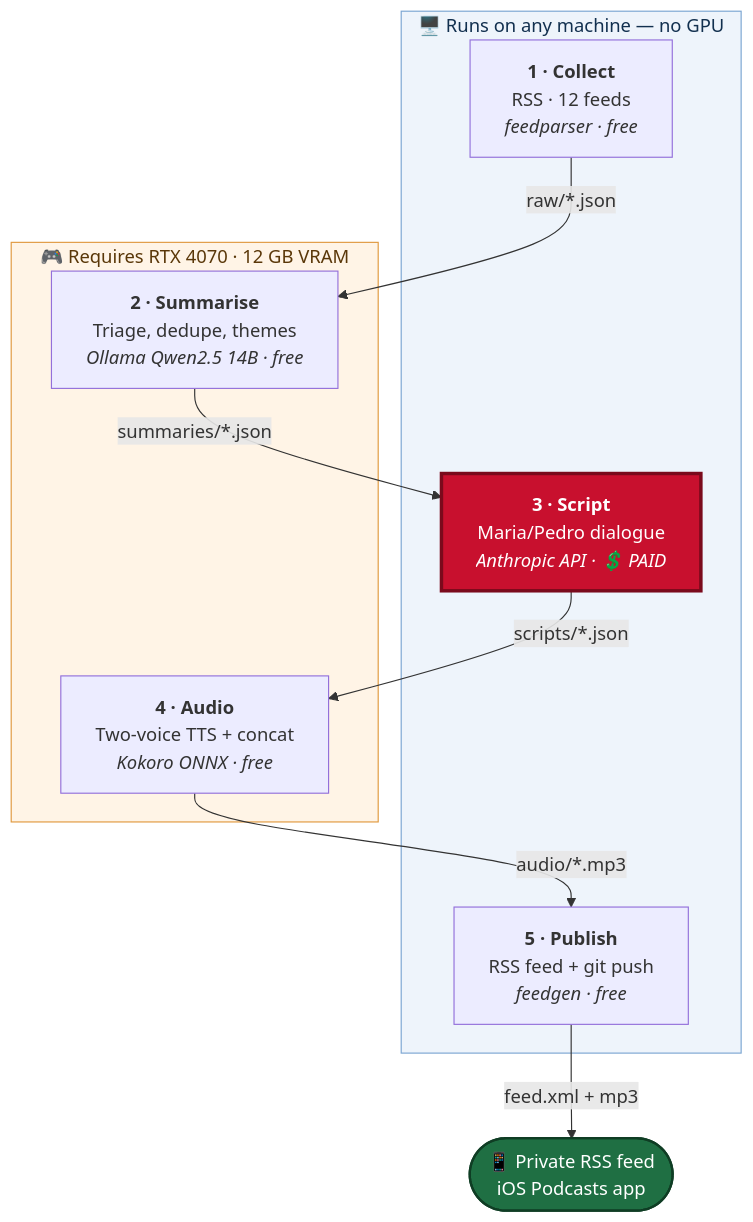
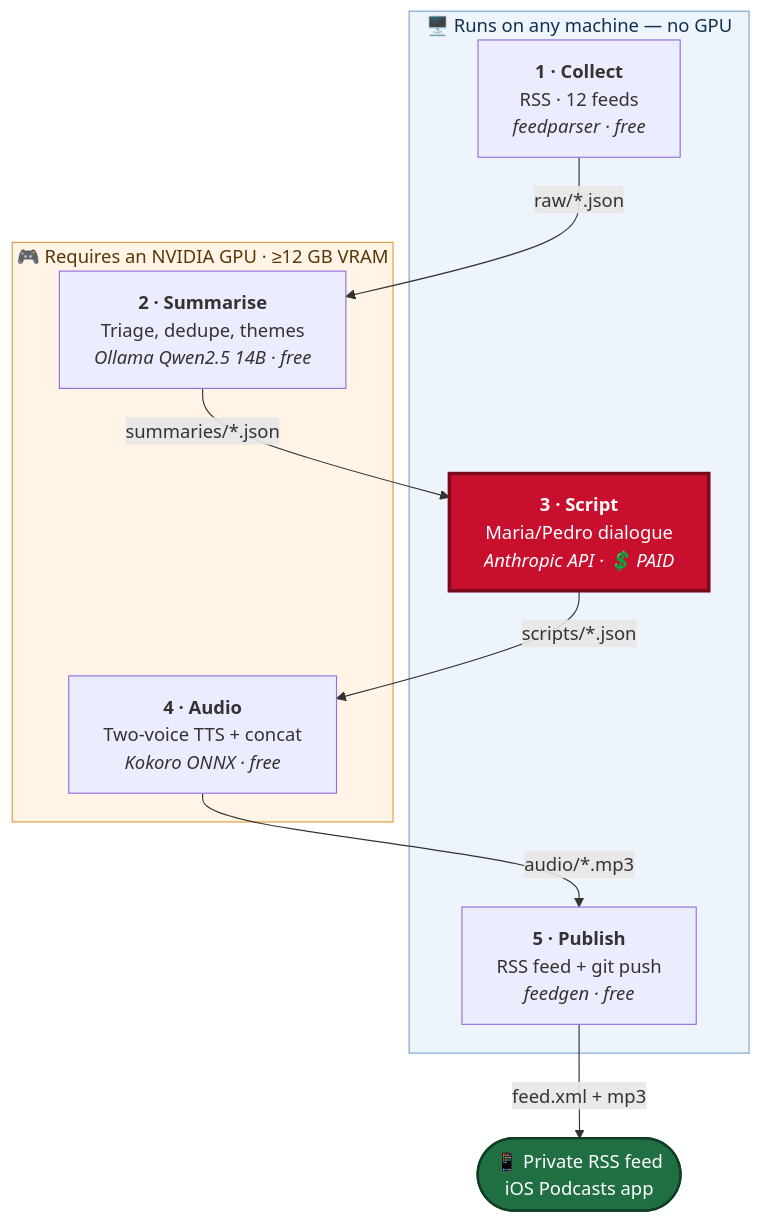
Before and after one commit to JoaoCarlos134/News_radio: the diagram in README.md, drawn with Mermaid. The commit also changed other lines of this file and 3 other files, not shown here.

````diff
--- a/README.md
+++ b/README.md
@@ -41,24 +41,24 @@
 ```mermaid
 flowchart TD
     subgraph ANY["🖥️  Runs on any machine — no GPU"]
         S1["<b>1 · Collect</b><br/>RSS · 12 feeds<br/><i>feedparser · free</i>"]
         S3["<b>3 · Script</b><br/>Maria/Pedro dialogue<br/><i>Anthropic API · 💲 PAID</i>"]
         S5["<b>5 · Publish</b><br/>RSS feed + git push<br/><i>feedgen · free</i>"]
     end
 
-    subgraph GPU["🎮  Requires RTX 4070 · 12 GB VRAM"]
+    subgraph GPU["🎮  Requires an NVIDIA GPU · ≥12 GB VRAM"]
         S2["<b>2 · Summarise</b><br/>Triage, dedupe, themes<br/><i>Ollama Qwen2.5 14B · free</i>"]
         S4["<b>4 · Audio</b><br/>Two-voice TTS + concat<br/><i>Kokoro ONNX · free</i>"]
     end
 
     S1 -->|"raw/*.json"| S2
     S2 -->|"summaries/*.json"| S3
     S3 -->|"scripts/*.json"| S4
     S4 -->|"audio/*.mp3"| S5
     S5 -->|"feed.xml + mp3"| OUT(["📱 Private RSS feed<br/>iOS Podcasts app"])
 
     style S3 fill:#c8102e,stroke:#7a0a1c,stroke-width:3px,color:#ffffff
     style OUT fill:#1f6f43,stroke:#0f3d24,stroke-width:2px,color:#ffffff
     style ANY fill:#eef4fb,stroke:#7aa5d2,color:#12304f
     style GPU fill:#fff4e6,stroke:#e0993e,color:#5a3708
 ```
````
